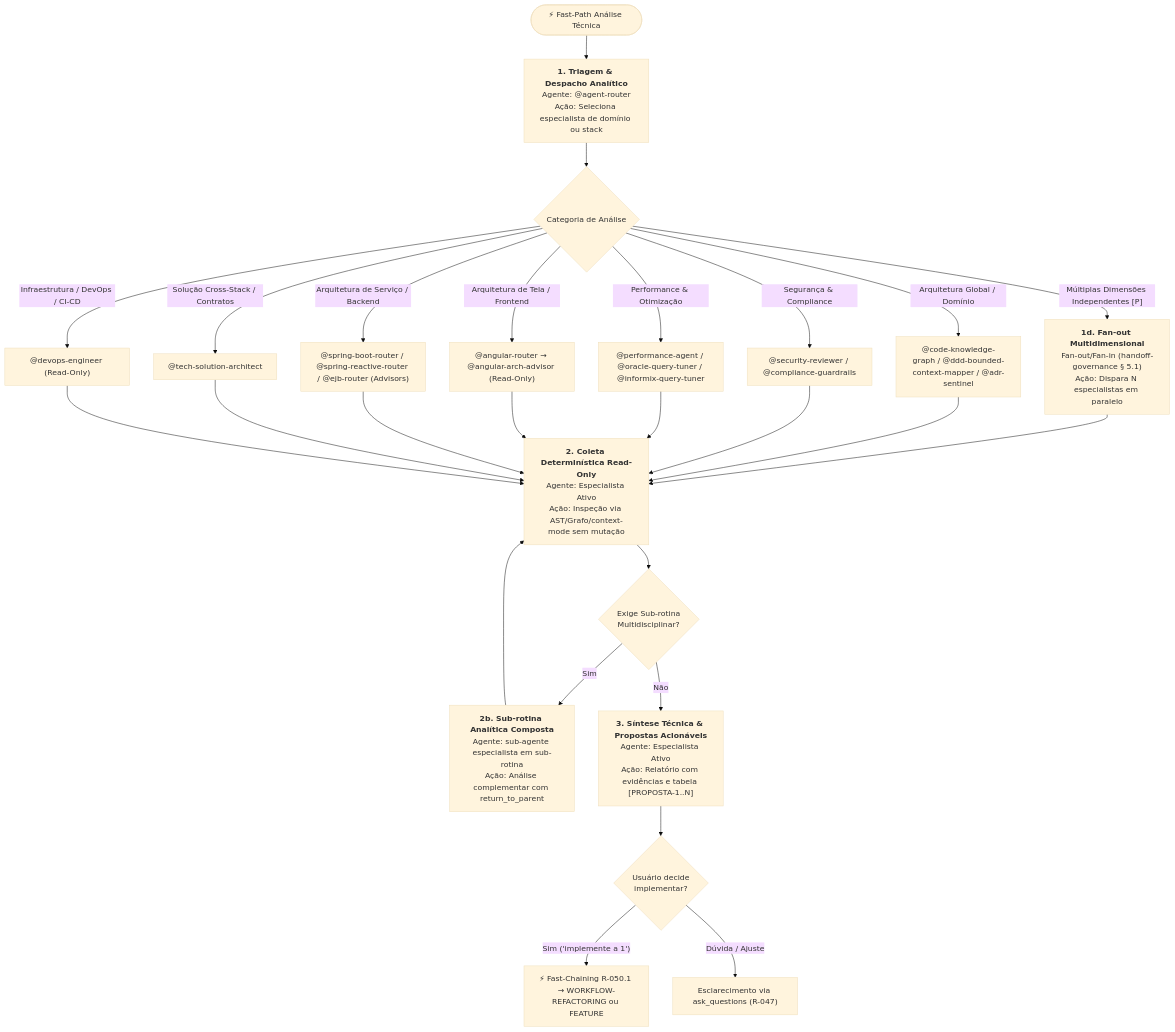
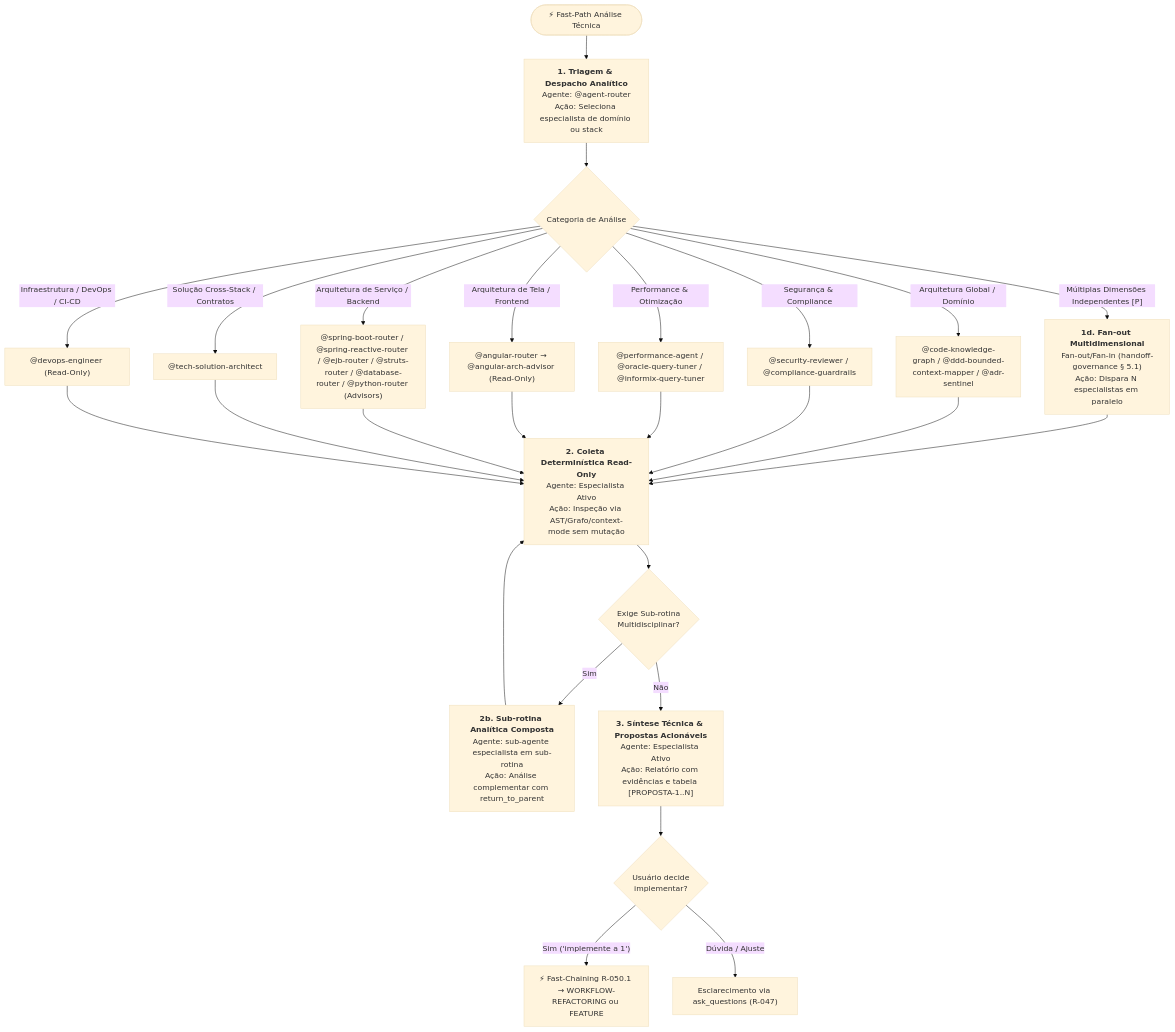
One commit to jezreel8858/deep-agents-copilot changed the fifth of 12 diagrams in .github/agents/workflows.md. Above: the diagram before and after it, drawn with Mermaid (base theme). The commit also changed other lines of this file and 1 other file, not shown here.

````diff
--- a/.github/agents/workflows.md
+++ b/.github/agents/workflows.md
@@ -425,27 +430,27 @@
 ```mermaid
 flowchart TD
     Start(["⚡ Fast-Path Análise Técnica"]) --> RouterSelect["<b>1. Triagem & Despacho Analítico</b><br/>Agente: @agent-router<br/>Ação: Seleciona especialista de domínio ou stack"]
 
     RouterSelect --> CatGlobal{"Categoria de Análise"}
 
     CatGlobal -- "Arquitetura Global / Domínio" --> A1["@code-knowledge-graph / @ddd-bounded-context-mapper / @adr-sentinel"]
     CatGlobal -- "Segurança & Compliance" --> A2["@security-reviewer / @compliance-guardrails"]
     CatGlobal -- "Performance & Otimização" --> A3["@performance-agent / @oracle-query-tuner / @informix-query-tuner"]
     CatGlobal -- "Arquitetura de Tela / Frontend" --> A4["@angular-router → @angular-arch-advisor (Read-Only)"]
-    CatGlobal -- "Arquitetura de Serviço / Backend" --> A5["@spring-boot-router / @spring-reactive-router / @ejb-router (Advisors)"]
+    CatGlobal -- "Arquitetura de Serviço / Backend" --> A5["@spring-boot-router / @spring-reactive-router / @ejb-router / @struts-router / @database-router / @python-router (Advisors)"]
     CatGlobal -- "Solução Cross-Stack / Contratos" --> A6["@tech-solution-architect"]
     CatGlobal -- "Infraestrutura / DevOps / CI-CD" --> A7["@devops-engineer (Read-Only)"]
     CatGlobal -- "Múltiplas Dimensões Independentes [P]" --> FanOut["<b>1d. Fan-out Multidimensional</b><br/>Fan-out/Fan-in (handoff-governance § 5.1)<br/>Ação: Dispara N especialistas em paralelo"]
     FanOut --> Collect
 
     A1 & A2 & A3 & A4 & A5 & A6 & A7 --> Collect["<b>2. Coleta Determinística Read-Only</b><br/>Agente: Especialista Ativo<br/>Ação: Inspeção via AST/Grafo/context-mode sem mutação"]
 
     Collect --> CheckComposed{"Exige Sub-rotina<br/>Multidisciplinar?"}
     CheckComposed -- "Sim" --> SubAnalytic["<b>2b. Sub-rotina Analítica Composta</b><br/>Agente: sub-agente especialista em sub-rotina<br/>Ação: Análise complementar com return_to_parent"]
     SubAnalytic --> Collect
     CheckComposed -- "Não" --> Synth["<b>3. Síntese Técnica & Propostas Acionáveis</b><br/>Agente: Especialista Ativo<br/>Ação: Relatório com evidências e tabela [PROPOSTA-1..N]"]
 
     Synth --> ChainingDecision{"Usuário decide<br/>implementar?"}
     ChainingDecision -- "Sim ('implemente a 1')" --> FastChaining["⚡ Fast-Chaining R-050.1 → WORKFLOW-REFACTORING ou FEATURE"]
     ChainingDecision -- "Dúvida / Ajuste" --> AskUser["Esclarecimento via ask_questions (R-047)"]
 ```
````
